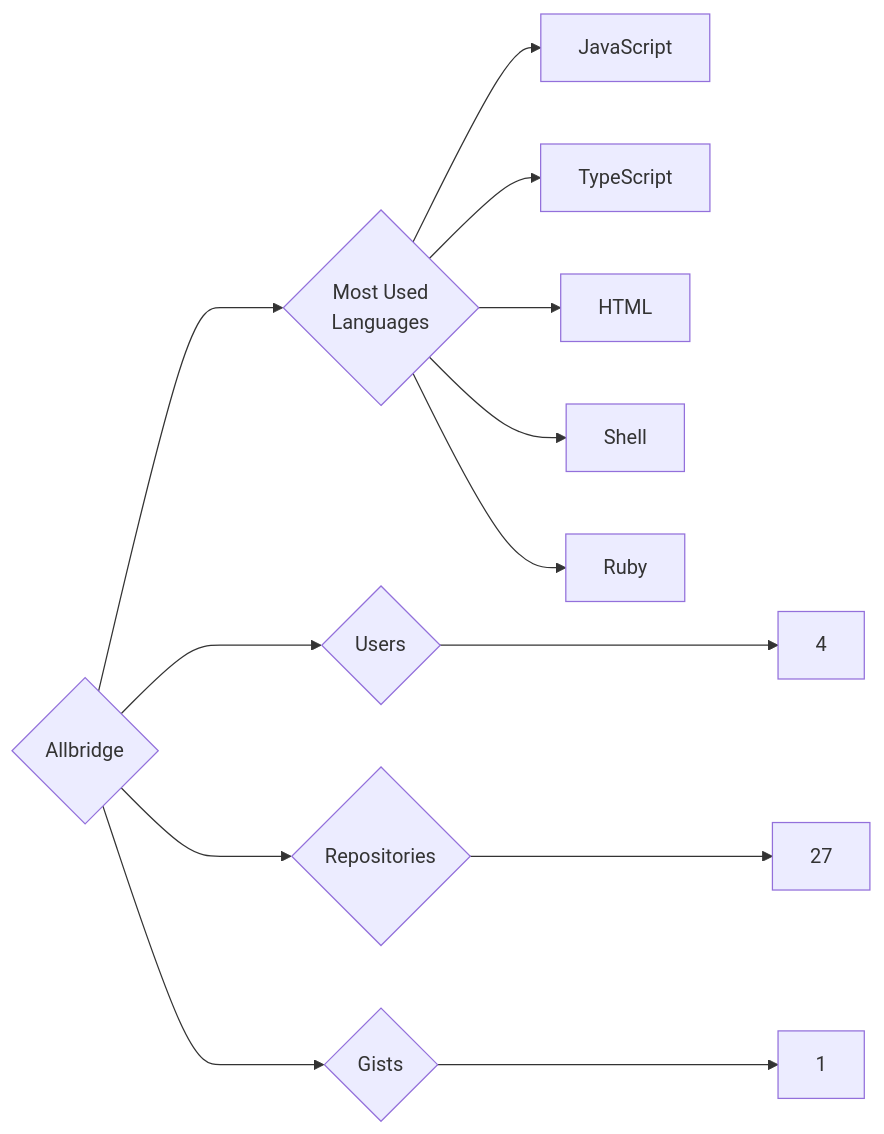
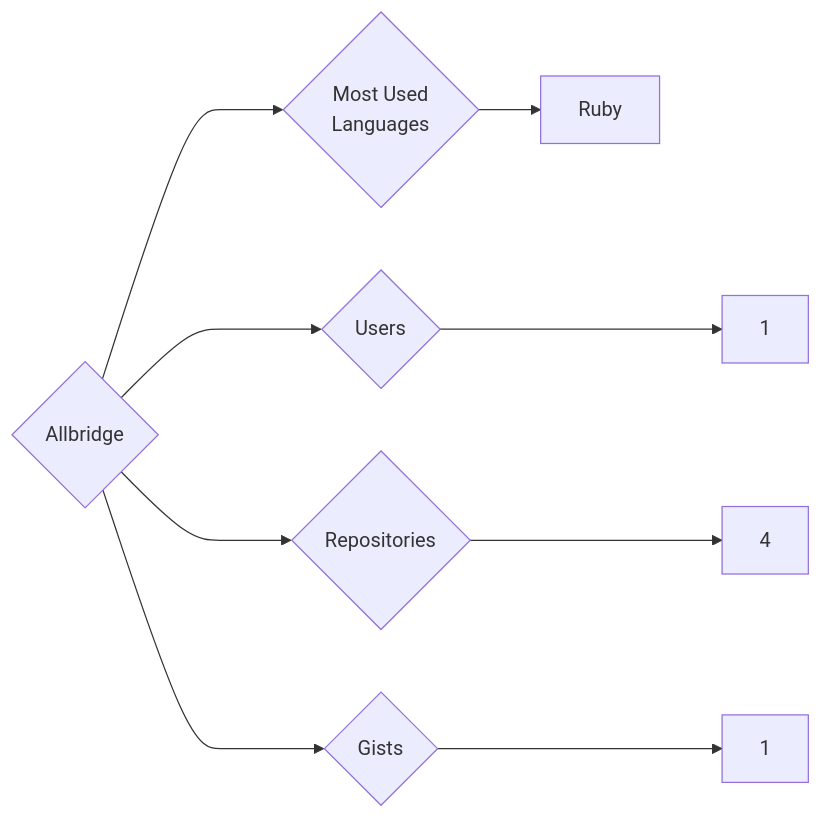
Before and after one commit to trickest/insiders: the diagram in targets/Allbridge/README.md, drawn with Mermaid. The commit also changed 1055 other files, not shown here.

````diff
--- a/targets/Allbridge/README.md
+++ b/targets/Allbridge/README.md
@@ -3,13 +3,9 @@
 ```mermaid
 graph LR
 COMPANY_NAME{Allbridge}
-COMPANY_NAME ---> U{Users} ---> UN[4]
-COMPANY_NAME ---> R{Repositories} ---> RN[27]
+COMPANY_NAME ---> U{Users} ---> UN[1]
+COMPANY_NAME ---> R{Repositories} ---> RN[4]
 COMPANY_NAME ---> G{Gists} ---> GN[1]
 COMPANY_NAME ---> ML{Most Used<br>Languages}
-ML --> JavaScript[JavaScript]
-ML --> TypeScript[TypeScript]
-ML --> HTML[HTML]
-ML --> Shell[Shell]
 ML --> Ruby[Ruby]
 ```
````
